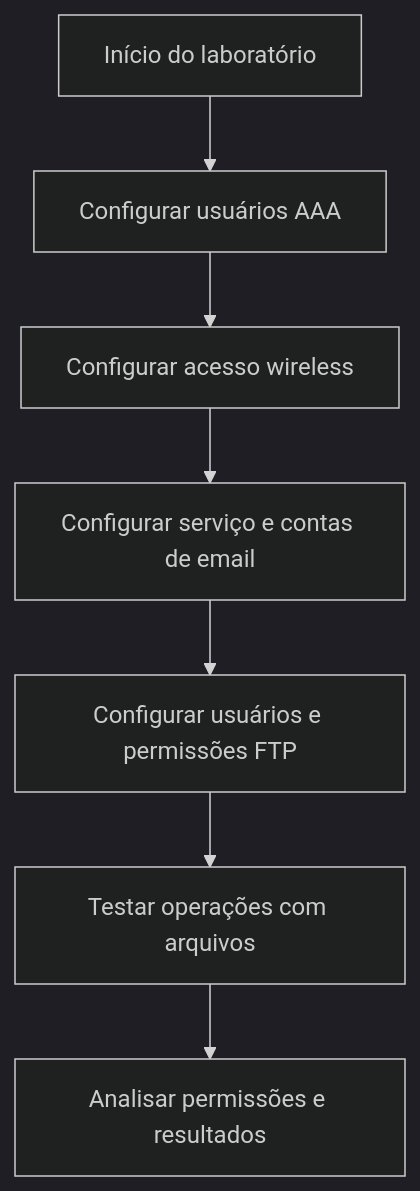
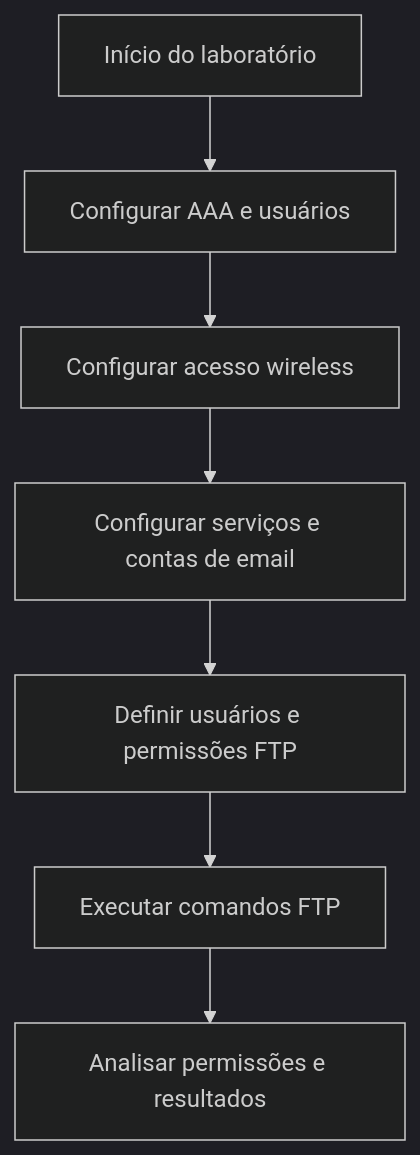
Before and after one commit to giovanna-faraujo/Cisco_Packet_Tracer-Lab-Gerenciamento_Acessos_Email-FTP: the diagram in README.md, drawn with Mermaid (dark theme). The commit also changed other lines of this file, not shown here.

````diff
--- a/README.md
+++ b/README.md
@@ -123,9 +134,9 @@
 ```mermaid
 flowchart TD
-    A[Início do laboratório] --> B[Configurar usuários AAA]
+    A[Início do laboratório] --> B[Configurar AAA e usuários]
     B --> C[Configurar acesso wireless]
-    C --> D[Configurar serviço e contas de email]
-    D --> E[Configurar usuários e permissões FTP]
-    E --> F[Testar operações com arquivos]
+    C --> D[Configurar serviços e contas de email]
+    D --> E[Definir usuários e permissões FTP]
+    E --> F[Executar comandos FTP]
     F --> G[Analisar permissões e resultados]
 ```
````
